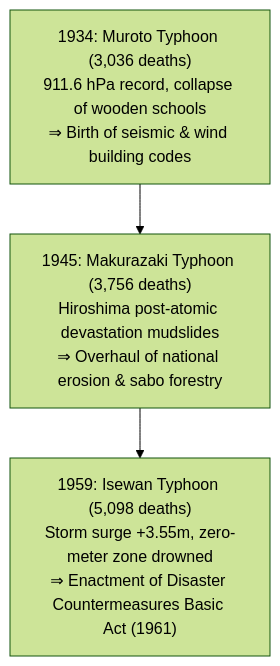
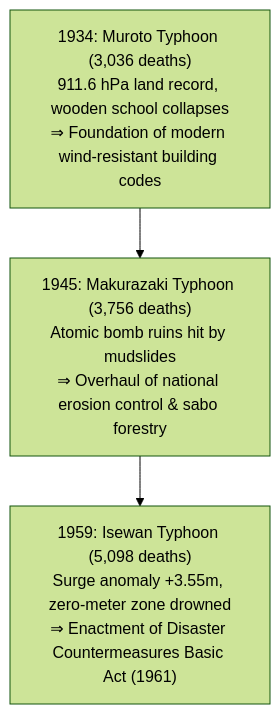
Before and after one commit to kenjinote/blog: the seventh of 11 diagrams in content/post/typhoon-meteorology-mechanisms-historic-disasters-guide/index.en.md, drawn with Mermaid (forest theme). The commit also changed other lines of this file and 11 other files, not shown here.

````diff
--- a/content/post/typhoon-meteorology-mechanisms-historic-disasters-guide/index.en.md
+++ b/content/post/typhoon-meteorology-mechanisms-historic-disasters-guide/index.en.md
@@ -152,5 +207,5 @@
 ```mermaid
 flowchart TD
-    M1["1934: Muroto Typhoon (3,036 deaths)<br/>911.6 hPa record, collapse of wooden schools<br/>⇒ Birth of seismic & wind building codes"] --> M2["1945: Makurazaki Typhoon (3,756 deaths)<br/>Hiroshima post-atomic devastation mudslides<br/>⇒ Overhaul of national erosion & sabo forestry"]
-    M2 --> M3["1959: Isewan Typhoon (5,098 deaths)<br/>Storm surge +3.55m, zero-meter zone drowned<br/>⇒ Enactment of Disaster Countermeasures Basic Act (1961)"]
+    M1["1934: Muroto Typhoon (3,036 deaths)<br/>911.6 hPa land record, wooden school collapses<br/>⇒ Foundation of modern wind-resistant building codes"] --> M2["1945: Makurazaki Typhoon (3,756 deaths)<br/>Atomic bomb ruins hit by mudslides<br/>⇒ Overhaul of national erosion control & sabo forestry"]
+    M2 --> M3["1959: Isewan Typhoon (5,098 deaths)<br/>Surge anomaly +3.55m, zero-meter zone drowned<br/>⇒ Enactment of Disaster Countermeasures Basic Act (1961)"]
 ```
````
